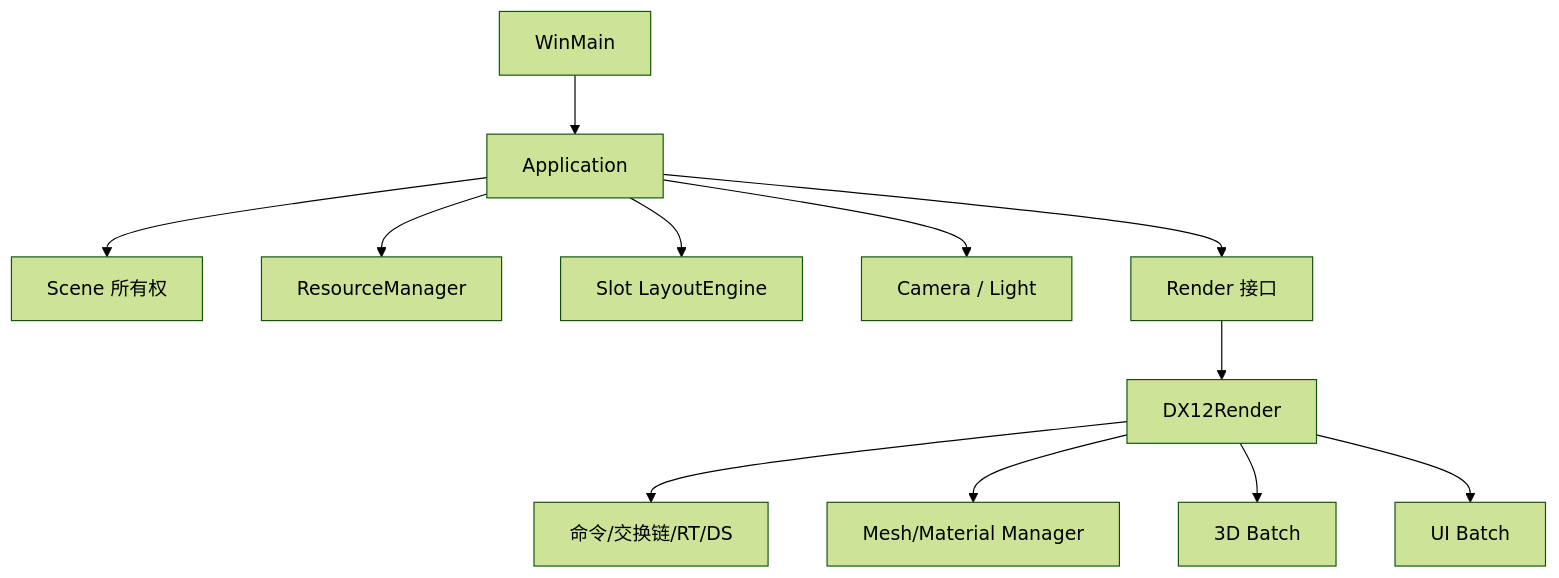
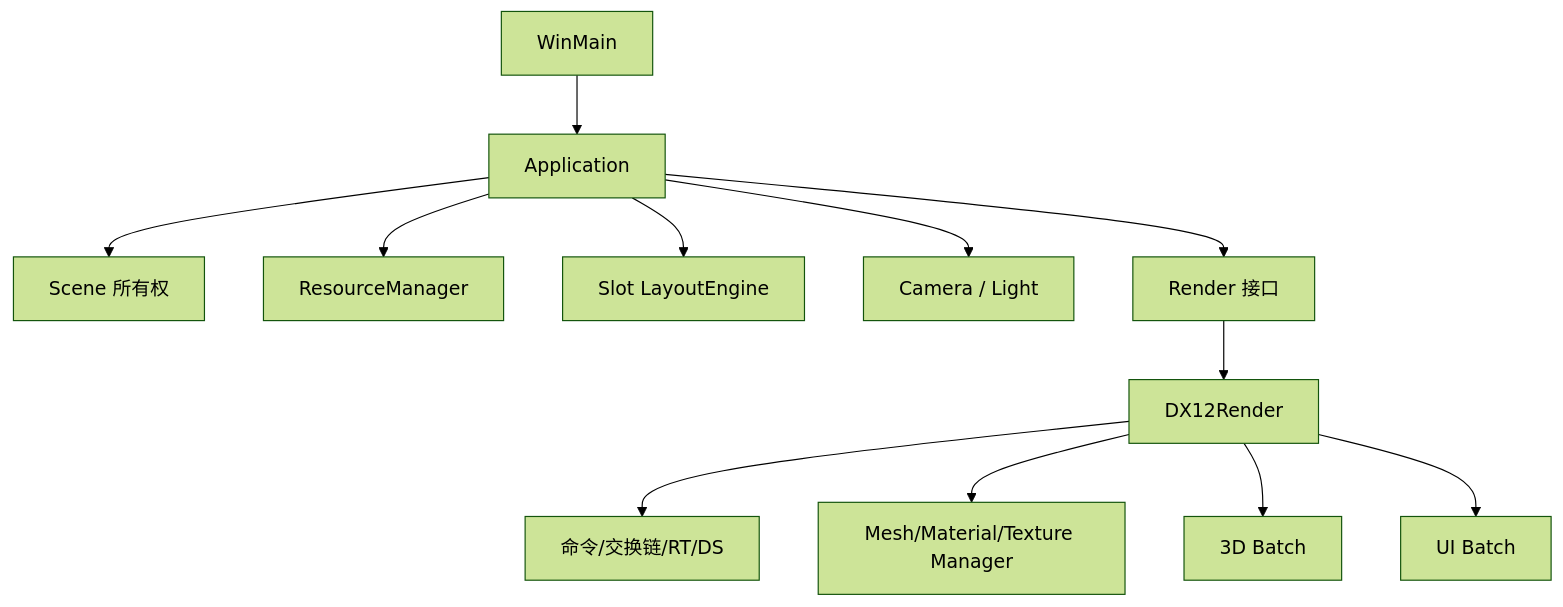
The diagram in docs/architecture/README.md (z8z6/slot), drawn with Mermaid (forest theme) before and after one commit. The commit also changed other lines of this file and 39 other files, not shown here.

````diff
--- a/docs/architecture/README.md
+++ b/docs/architecture/README.md
@@ -5,14 +5,14 @@
 ```mermaid
 flowchart TD
     Main[WinMain] --> App[Application]
     App --> Scene[Scene 所有权]
     App --> Assets[ResourceManager]
     App --> Layout[Slot LayoutEngine]
     App --> Camera[Camera / Light]
     App --> Render[Render 接口]
     Render --> DX[DX12Render]
     DX --> Resources[命令/交换链/RT/DS]
-    DX --> Managers[Mesh/Material Manager]
+    DX --> Managers[Mesh/Material/Texture Manager]
     DX --> GO[3D Batch]
     DX --> UI[UI Batch]
 ```
````
